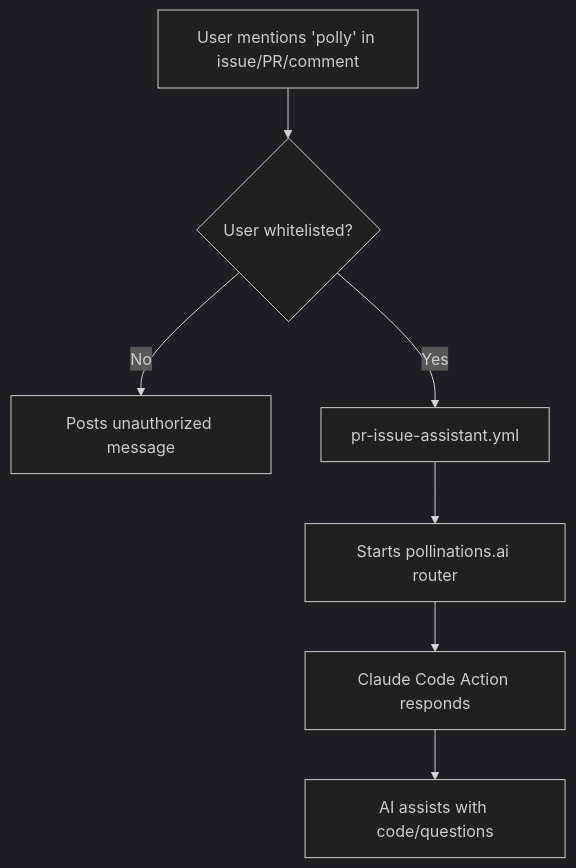
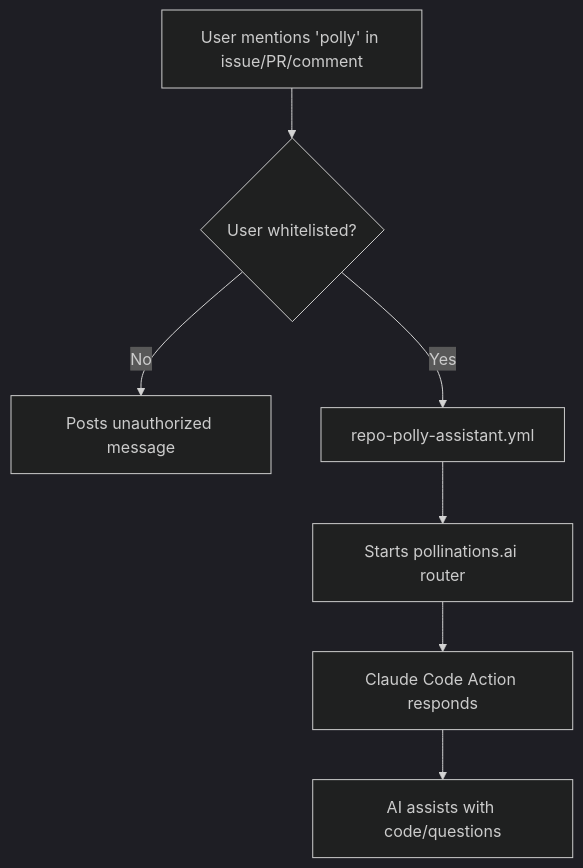
Before and after one commit to pollinations/pollinations: the fourth of 4 diagrams in .github/docs/TRIAGE.md, drawn with Mermaid. The commit also changed other lines of this file and 17 other files, not shown here.

````diff
--- a/.github/docs/TRIAGE.md
+++ b/.github/docs/TRIAGE.md
@@ -128,10 +128,10 @@
 ```mermaid
 %%{init: {'theme': 'dark'}}%%
 flowchart TD
     A[User mentions 'polly' in issue/PR/comment] --> B{User whitelisted?}
     B -->|No| C[Posts unauthorized message]
-    B -->|Yes| D[pr-issue-assistant.yml]
+    B -->|Yes| D[repo-polly-assistant.yml]
     D --> E[Starts pollinations.ai router]
     E --> F[Claude Code Action responds]
     F --> G[AI assists with code/questions]
 ```
````
